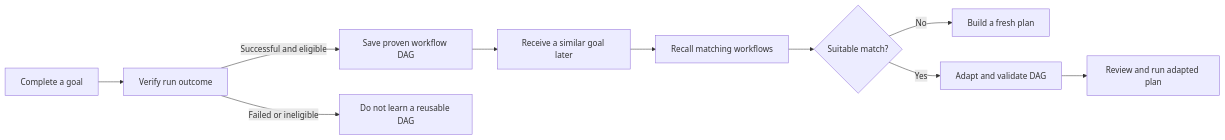
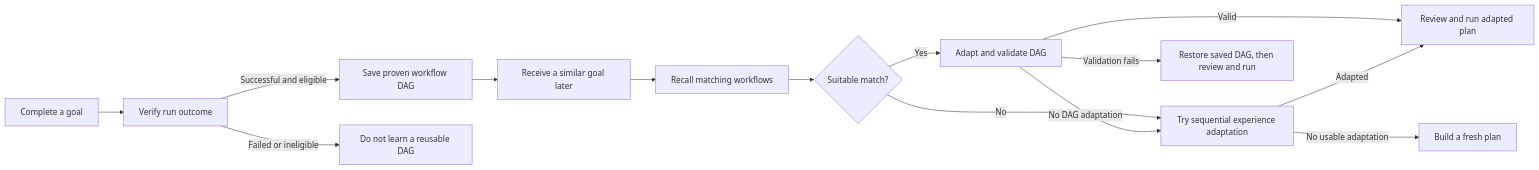
The fourth of 4 diagrams in docs/FEATURES.md (OppaAI/Aidon), drawn with Mermaid before and after one commit. The commit also changed other lines of this file and 5 other files, not shown here.

````diff
--- a/docs/FEATURES.md
+++ b/docs/FEATURES.md
@@ -90,12 +91,16 @@
 ```mermaid
 flowchart LR
     A[Complete a goal] --> B[Verify run outcome]
     B -->|Successful and eligible| C[Save proven workflow DAG]
     B -->|Failed or ineligible| D[Do not learn a reusable DAG]
     C --> E[Receive a similar goal later]
     E --> F[Recall matching workflows]
     F --> G{Suitable match?}
-    G -->|No| H[Build a fresh plan]
+    G -->|No| L[Try sequential experience adaptation]
     G -->|Yes| I[Adapt and validate DAG]
-    I --> J[Review and run adapted plan]
+    I -->|Valid| J[Review and run adapted plan]
+    I -->|Validation fails| K[Restore saved DAG, then review and run]
+    I -->|No DAG adaptation| L[Try sequential experience adaptation]
+    L -->|Adapted| J
+    L -->|No usable adaptation| H[Build a fresh plan]
 ```
````
